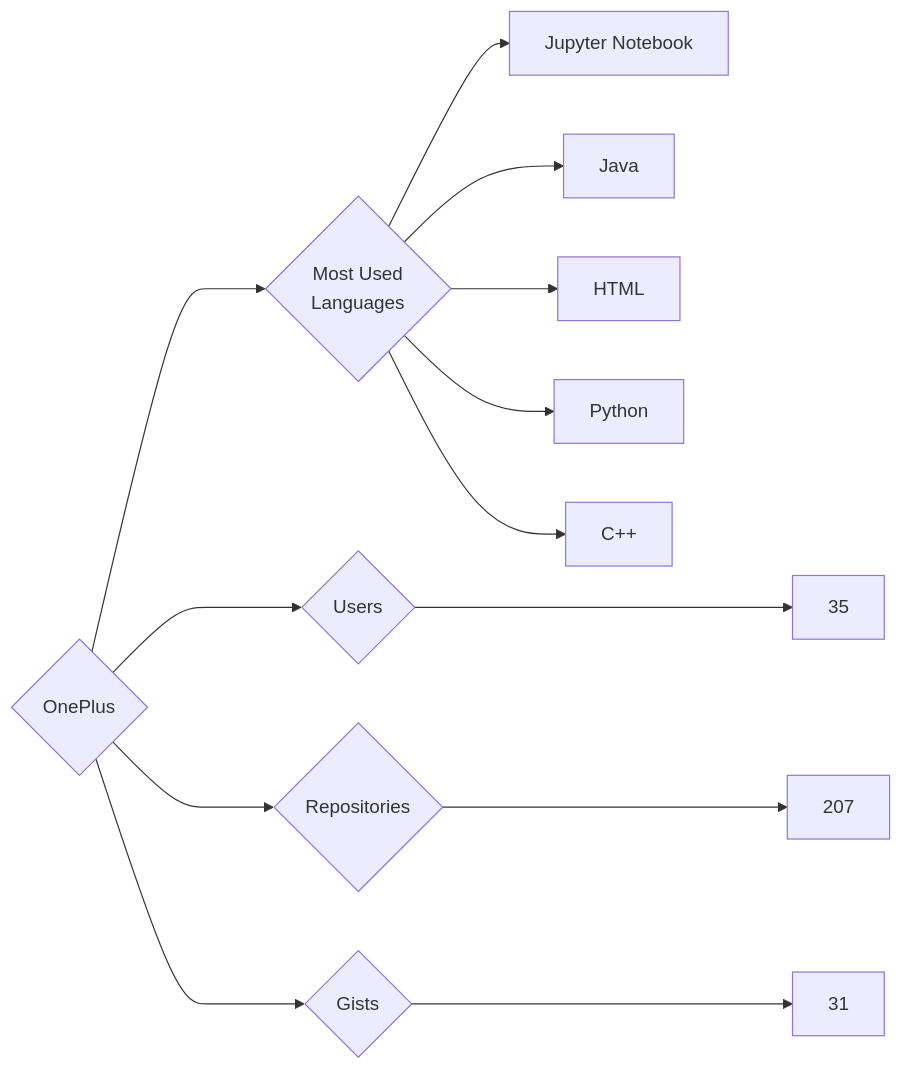
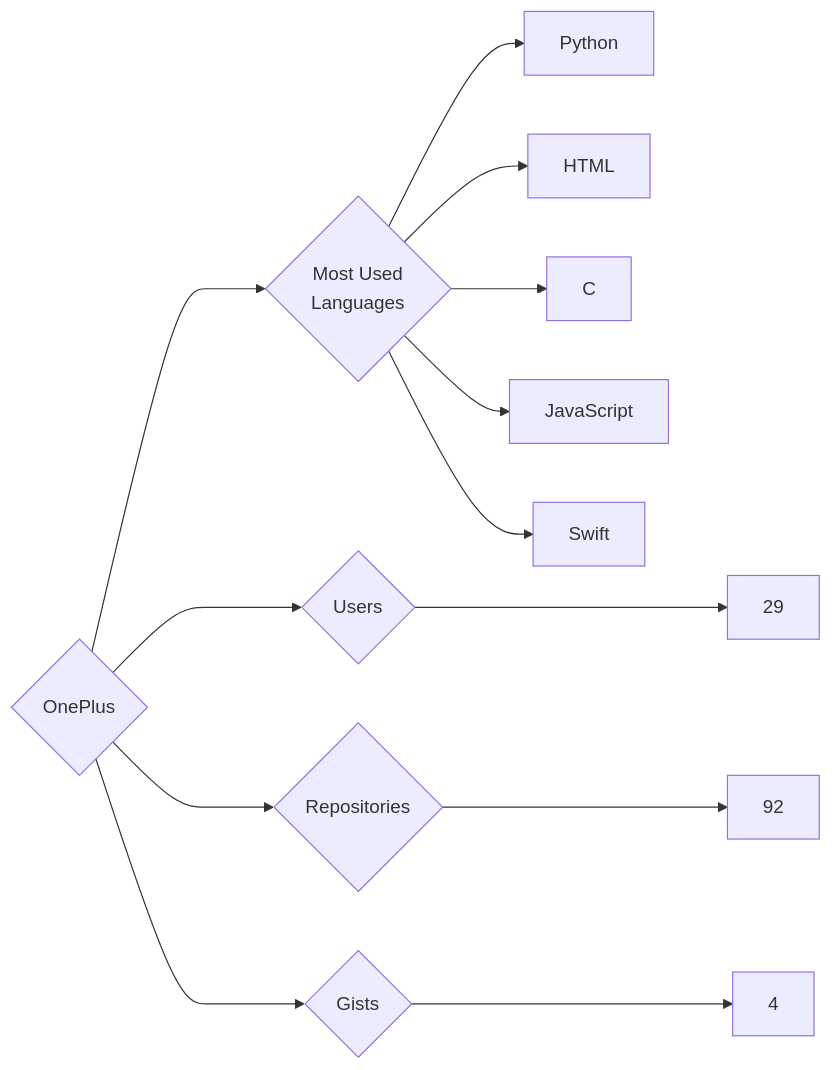
One commit to trickest/insiders changed the diagram in targets/OnePlus/README.md. Above: the diagram before and after it, drawn with Mermaid. The commit also changed 964 other files, not shown here.

````diff
--- a/targets/OnePlus/README.md
+++ b/targets/OnePlus/README.md
@@ -3,13 +3,13 @@
 ```mermaid
 graph LR
 COMPANY_NAME{OnePlus}
-COMPANY_NAME ---> U{Users} ---> UN[35]
-COMPANY_NAME ---> R{Repositories} ---> RN[207]
-COMPANY_NAME ---> G{Gists} ---> GN[31]
+COMPANY_NAME ---> U{Users} ---> UN[29]
+COMPANY_NAME ---> R{Repositories} ---> RN[92]
+COMPANY_NAME ---> G{Gists} ---> GN[4]
 COMPANY_NAME ---> ML{Most Used<br>Languages}
-ML --> Jupyter_Notebook[Jupyter Notebook]
-ML --> Java[Java]
+ML --> Python[Python]
 ML --> HTML[HTML]
-ML --> Python[Python]
-ML --> C++[C++]
+ML --> C[C]
+ML --> JavaScript[JavaScript]
+ML --> Swift[Swift]
 ```
````
